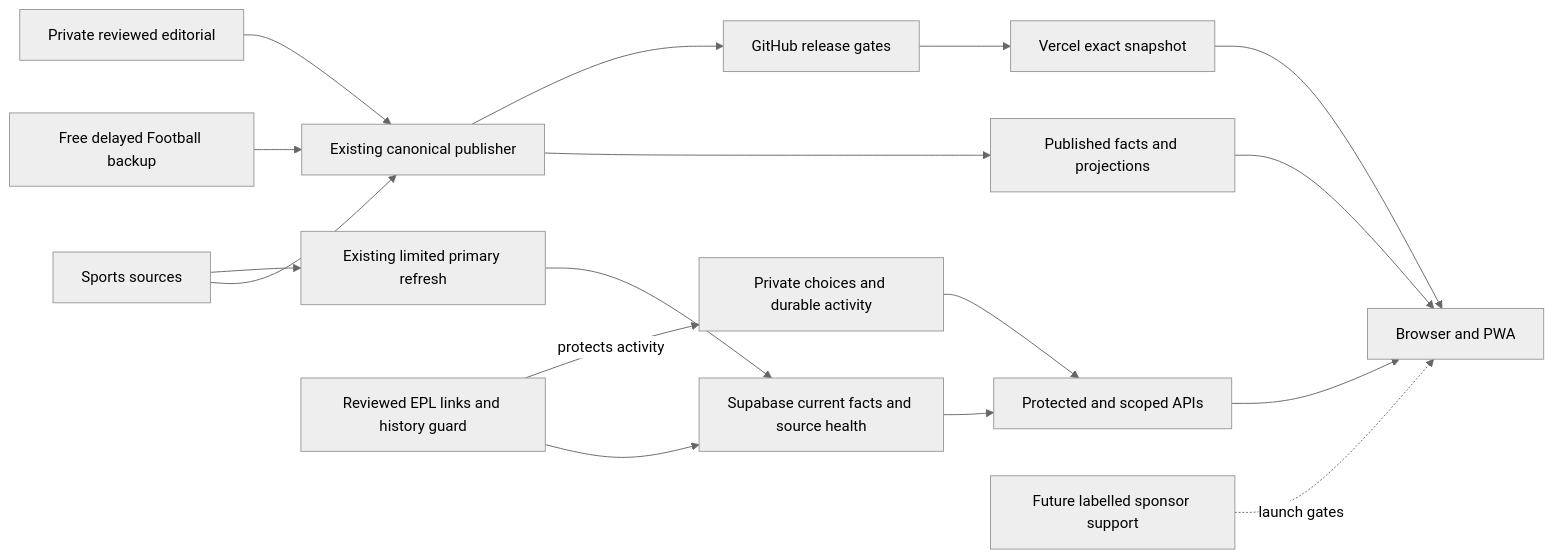
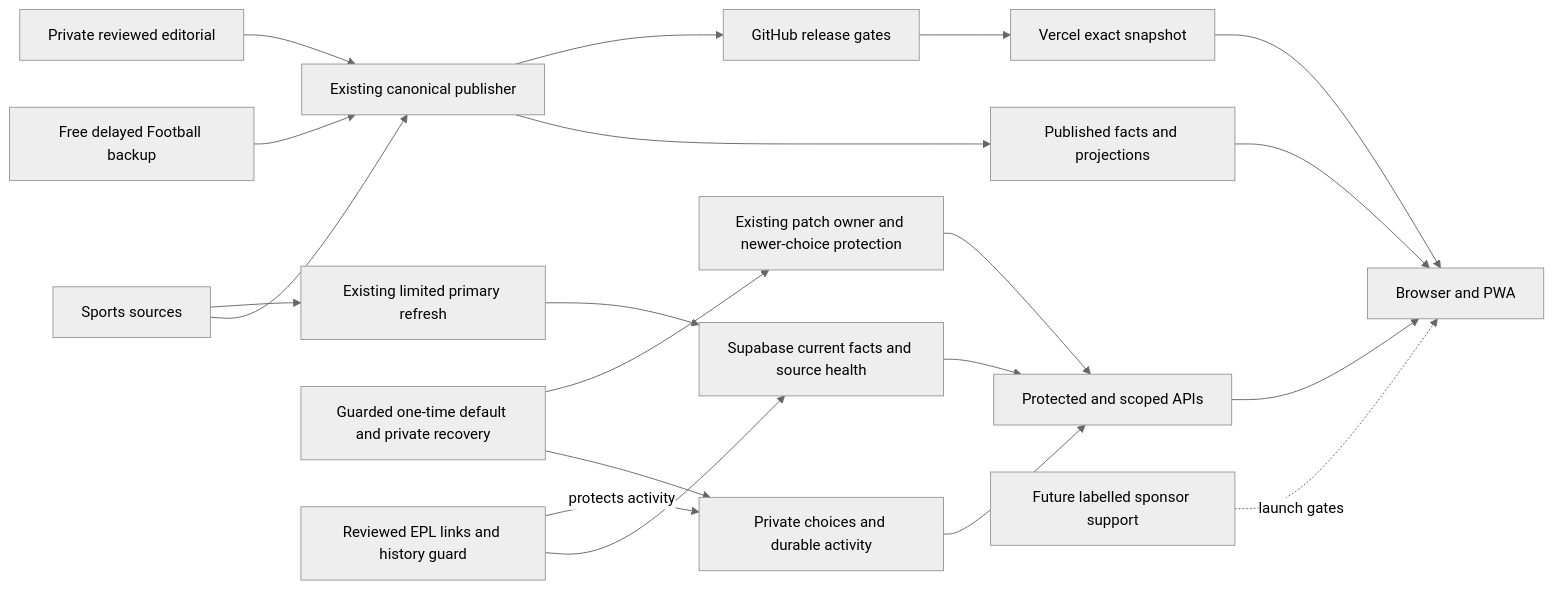
The diagram in docs/quality/architecture-current-2026-10-13.md (hartican/sportscal), drawn with Mermaid (neutral theme) before and after one commit. The commit also changed other lines of this file and 5 other files, not shown here.

````diff
--- a/docs/quality/architecture-current-2026-10-13.md
+++ b/docs/quality/architecture-current-2026-10-13.md
@@ -38,19 +40,22 @@
 ```mermaid
 flowchart LR
   Sources[Sports sources] --> Canonical[Existing canonical publisher]
   Sources --> Live[Existing limited primary refresh]
   Delayed[Free delayed Football backup] --> Canonical
   Editorial[Private reviewed editorial] --> Canonical
   Canonical --> Published[Published facts and projections]
   Canonical --> Gates[GitHub release gates]
   Gates --> Hosting[Vercel exact snapshot]
   Live --> Current[Supabase current facts and source health]
   Current --> APIs[Protected and scoped APIs]
   UserState[Private choices and durable activity] --> APIs
+  Rollout[Guarded one-time default and private recovery] --> UserState
+  Rollout --> ChoiceGuard[Existing patch owner and newer-choice protection]
+  ChoiceGuard --> APIs
   EPL[Reviewed EPL links and history guard] --> Current
   EPL -->|protects activity| UserState
   Published --> Browser[Browser and PWA]
   APIs --> Browser
   Hosting --> Browser
   Sponsor[Future labelled sponsor support] -. launch gates .-> Browser
 ```
````
